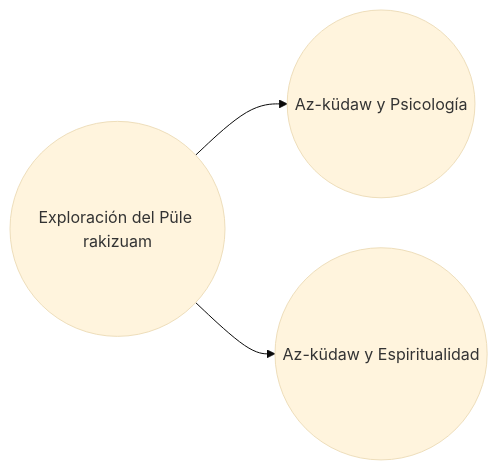
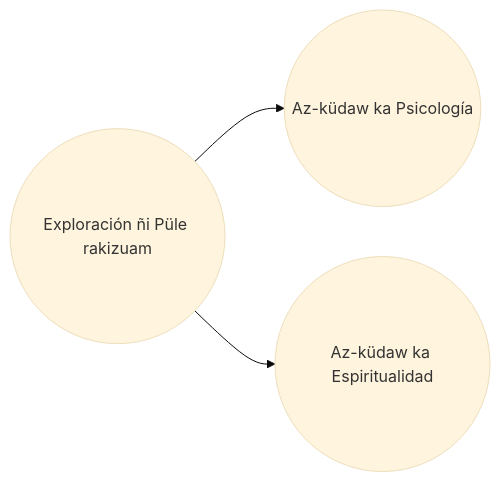
Before and after one commit to EGGS-Artesvisuales/EGGS-Artesvisuales.github.io: the third of 3 diagrams in MPD/diagrama.md, drawn with Mermaid (base theme). The commit also changed other lines of this file and 41 other files, not shown here.

```diff
--- a/MPD/diagrama.md
+++ b/MPD/diagrama.md
@@ -194,12 +194,12 @@
 <div class="mermaid">
 graph LR
-  C((Exploración del Püle rakizuam)) --> C1((Az-küdaw y Psicología))
-  C --> C2((Az-küdaw y Espiritualidad))
+  C((Exploración ñi Püle rakizuam)) --> C1((Az-küdaw ka Psicología))
+  C --> C2((Az-küdaw ka Espiritualidad))
 
   %% Enlaces (existentes)
-  click C "interior.html" "Amun: Exploración del Püle rakizuam"
+  click C "interior.html" "Amun: Exploración ñi Püle rakizuam"
 
-  %% Enlaces (no existentes aún -> en construcción)
-  click C1 "en-construccion.html" "Dewmangen mew"
-  click C2 "en-construccion.html" "Dewmangen mew"
+  %% Enlaces (no existentes aún -> mew construcción)
+  click C1 "mew-construccion.html" "Dewmangen mew"
+  click C2 "mew-construccion.html" "Dewmangen mew"
 </div>
```
